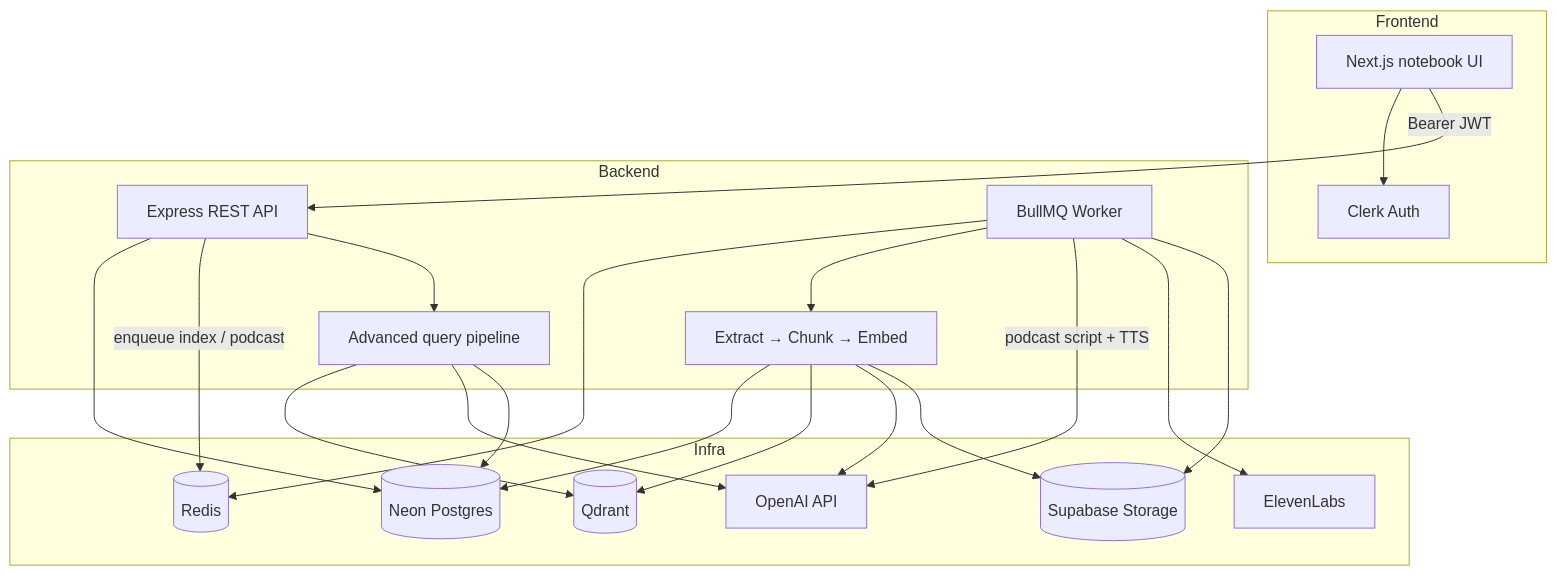
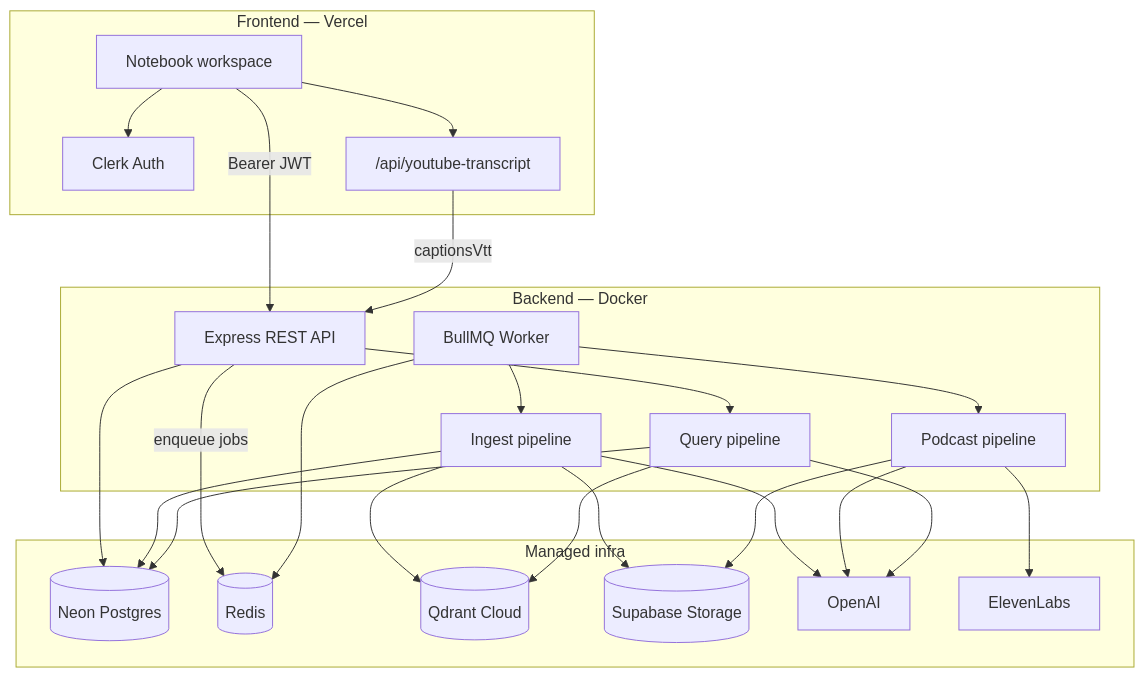
The first of 4 diagrams in README.md (bantiisdas/ThoughtStack), drawn with Mermaid before and after one commit. The commit also changed other lines of this file, not shown here.

````diff
--- a/README.md
+++ b/README.md
@@ -139,41 +64,46 @@
 ```mermaid
 flowchart TB
-  subgraph client [Frontend]
-    UI[Next.js notebook UI]
+  subgraph client [Frontend — Vercel]
+    UI[Notebook workspace]
     ClerkFE[Clerk Auth]
+    YTRoute["/api/youtube-transcript"]
   end
 
-  subgraph api [Backend]
+  subgraph api [Backend — Docker]
     REST[Express REST API]
     Worker[BullMQ Worker]
-    Ingest[Extract → Chunk → Embed]
-    QueryPipe[Advanced query pipeline]
+    Ingest[Ingest pipeline]
+    QueryPipe[Query pipeline]
+    Podcast[Podcast pipeline]
   end
 
-  subgraph data [Infra]
+  subgraph data [Managed infra]
     Neon[(Neon Postgres)]
     Redis[(Redis)]
-    Qdrant[(Qdrant)]
-    OpenAI[OpenAI API]
+    Qdrant[(Qdrant Cloud)]
+    Supabase[(Supabase Storage)]
+    OpenAI[OpenAI]
     ElevenLabs[ElevenLabs]
-    Supabase[(Supabase Storage)]
   end
 
   UI --> ClerkFE
   UI -->|Bearer JWT| REST
+  UI --> YTRoute
+  YTRoute -->|captionsVtt| REST
   REST --> Neon
-  REST -->|enqueue index / podcast| Redis
+  REST -->|enqueue jobs| Redis
   Worker --> Redis
   Worker --> Ingest
-  Worker -->|podcast script + TTS| OpenAI
-  Worker --> ElevenLabs
-  Worker --> Supabase
+  Worker --> Podcast
+  Ingest --> OpenAI
+  Ingest --> Qdrant
   Ingest --> Neon
-  Ingest --> Qdrant
-  Ingest --> OpenAI
   Ingest --> Supabase
+  Podcast --> OpenAI
+  Podcast --> ElevenLabs
+  Podcast --> Supabase
   REST --> QueryPipe
+  QueryPipe --> OpenAI
   QueryPipe --> Qdrant
-  QueryPipe --> OpenAI
   QueryPipe --> Neon
 ```
````
